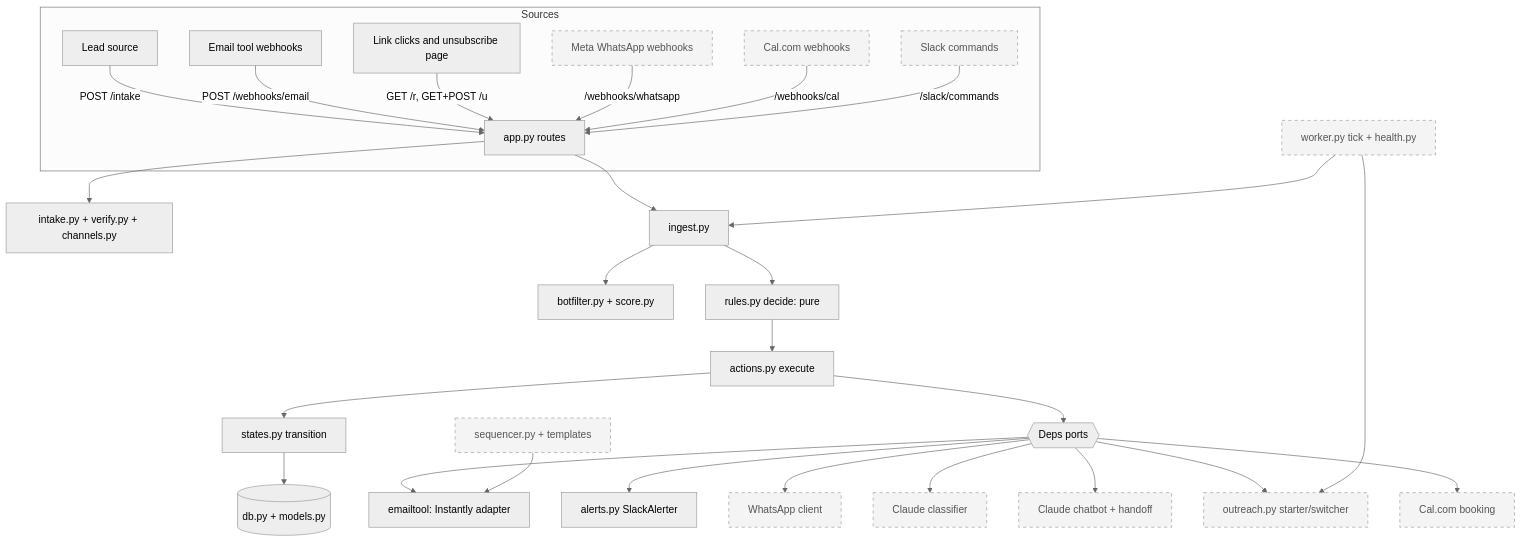
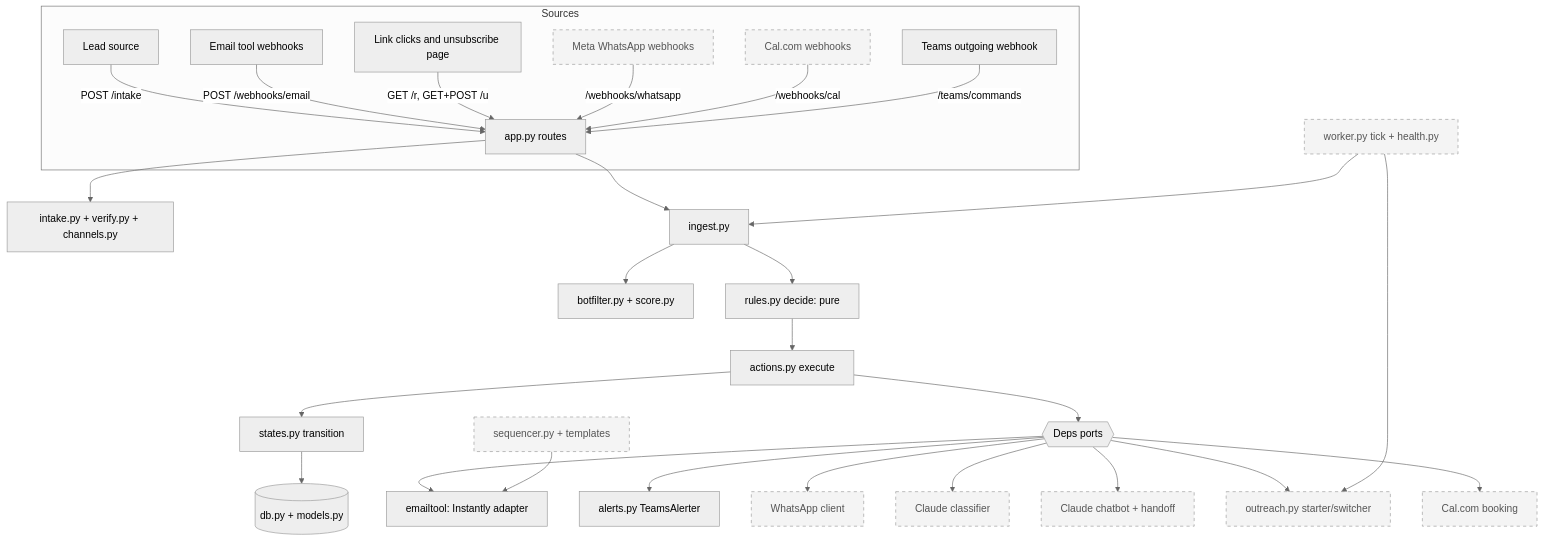
One commit to deepraj0011/ozoo-outreach-agent changed the diagram in docs/progress/architecture.md. Above: the diagram before and after it, drawn with Mermaid (neutral theme). The commit also changed other lines of this file and 9 other files, not shown here.

````diff
--- a/docs/progress/architecture.md
+++ b/docs/progress/architecture.md
@@ -7,30 +7,30 @@
 ```mermaid
 flowchart TD
     subgraph SRC[Sources]
         LS[Lead source] -->|POST /intake| APP
         EW[Email tool webhooks] -->|POST /webhooks/email| APP
         CL[Link clicks and unsubscribe page] -->|GET /r, GET+POST /u| APP
         WAW[Meta WhatsApp webhooks]:::planned -->|/webhooks/whatsapp| APP
         CAW[Cal.com webhooks]:::planned -->|/webhooks/cal| APP
-        SLC[Slack commands]:::planned -->|/slack/commands| APP
+        TMC[Teams outgoing webhook] -->|/teams/commands| APP
     end
     APP[app.py routes] --> INTAKE[intake.py + verify.py + channels.py]
     APP --> INGEST[ingest.py]
     INGEST --> BOT[botfilter.py + score.py]
     INGEST --> RULES[rules.py decide: pure]
     RULES --> ACTIONS[actions.py execute]
     ACTIONS --> STATES[states.py transition]
     STATES --> DB[(db.py + models.py)]
     ACTIONS --> PORTS{{Deps ports}}
     PORTS --> EMAIL[emailtool: Instantly adapter]
-    PORTS --> SLACK[alerts.py SlackAlerter]
+    PORTS --> TEAMS[alerts.py TeamsAlerter]
     PORTS --> WA[WhatsApp client]:::planned
     PORTS --> CLS[Claude classifier]:::planned
     PORTS --> CHAT[Claude chatbot + handoff]:::planned
     PORTS --> OUT[outreach.py starter/switcher]:::planned
     PORTS --> CAL[Cal.com booking]:::planned
     SEQ[sequencer.py + templates]:::planned --> EMAIL
     WORKER[worker.py tick + health.py]:::planned --> OUT
     WORKER --> INGEST
     classDef planned stroke-dasharray: 5 5,fill:#f4f4f4,color:#555;
 ```
````
